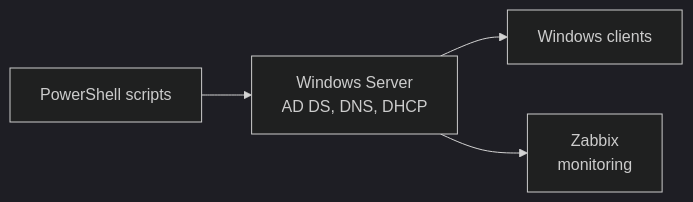
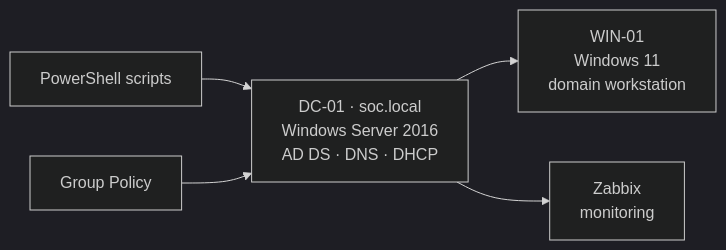
Before and after one commit to Yassine-ElJide/homelab-windows-ad: the diagram in README.md, drawn with Mermaid (dark theme). The commit also changed other lines of this file, not shown here.

````diff
--- a/README.md
+++ b/README.md
@@ -6,6 +7,7 @@
 ```mermaid
 flowchart LR
-  DC[Windows Server<br>AD DS, DNS, DHCP] --> C[Windows clients]
-  DC --> M[Zabbix<br>monitoring]
+  DC[DC-01 · soc.local<br>Windows Server 2016<br>AD DS · DNS · DHCP] --> C[WIN-01<br>Windows 11<br>domain workstation]
+  DC --> Z[Zabbix<br>monitoring]
   PS[PowerShell scripts] --> DC
+  GPO[Group Policy] --> DC
 ```
````
